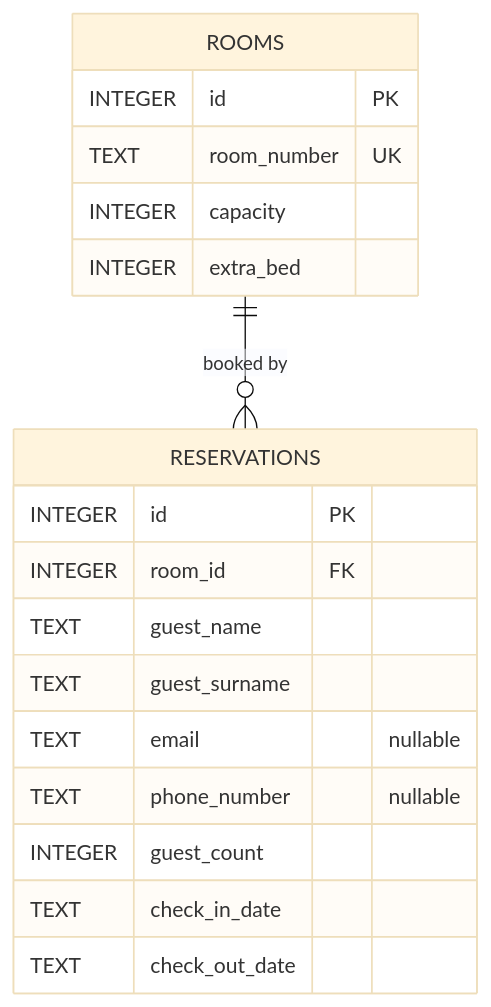
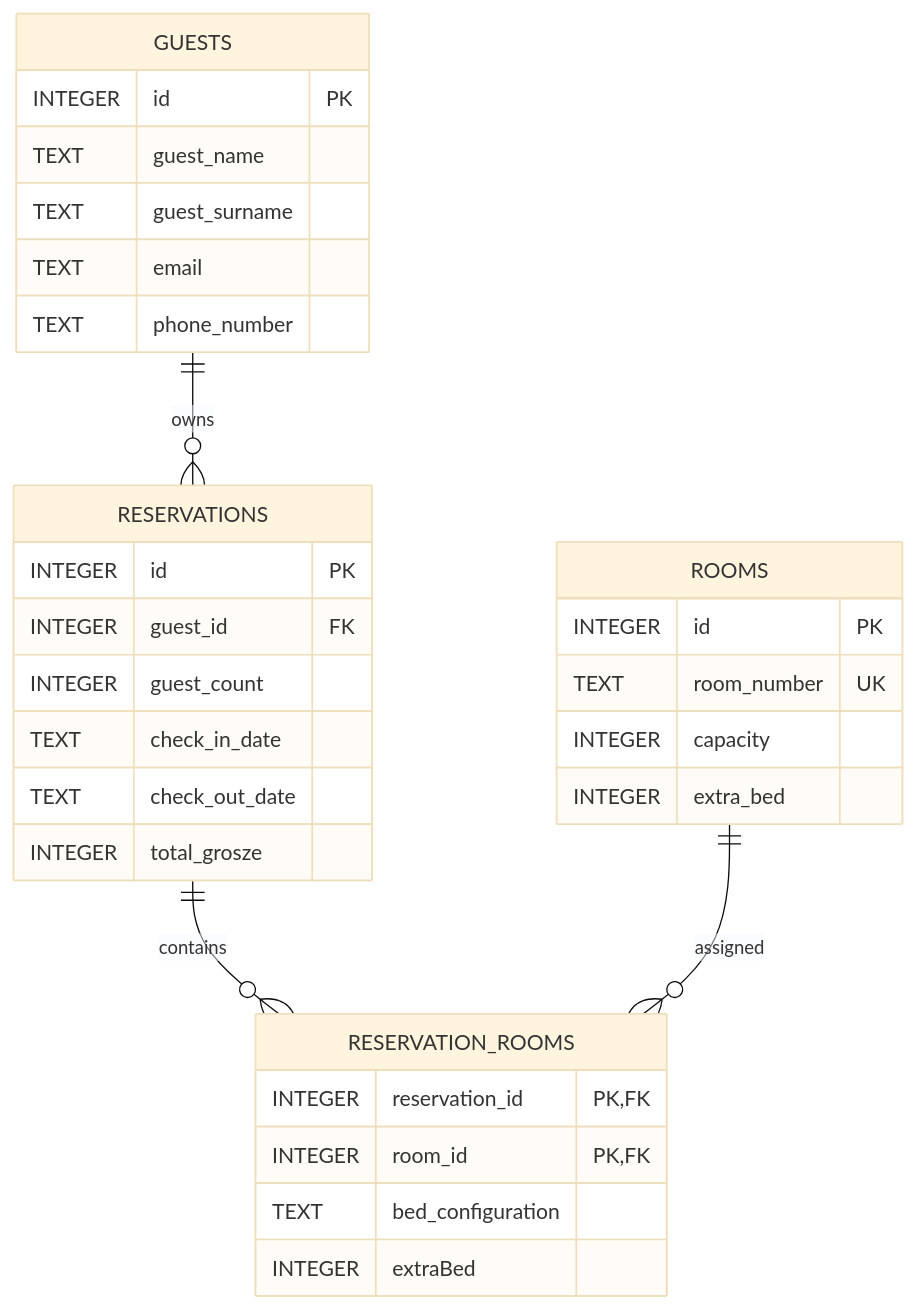
The diagram in docs/database.md (Kokosanka264/HotelFlow), drawn with Mermaid (base theme) before and after one commit. The commit also changed other lines of this file and 53 other files, not shown here.

````diff
--- a/docs/database.md
+++ b/docs/database.md
@@ -15,21 +15,33 @@
 ```mermaid
 erDiagram
-  ROOMS ||--o{ RESERVATIONS : "booked by"
+  GUESTS ||--o{ RESERVATIONS : "owns"
+  RESERVATIONS ||--o{ RESERVATION_ROOMS : "contains"
+  ROOMS ||--o{ RESERVATION_ROOMS : "assigned"
   ROOMS {
     INTEGER id PK
     TEXT room_number UK
     INTEGER capacity
     INTEGER extra_bed
   }
+  GUESTS {
+    INTEGER id PK
+    TEXT guest_name
+    TEXT guest_surname
+    TEXT email
+    TEXT phone_number
+  }
   RESERVATIONS {
     INTEGER id PK
-    INTEGER room_id FK
-    TEXT guest_name
-    TEXT guest_surname
-    TEXT email "nullable"
-    TEXT phone_number "nullable"
+    INTEGER guest_id FK
     INTEGER guest_count
     TEXT check_in_date
     TEXT check_out_date
+    INTEGER total_grosze
+  }
+  RESERVATION_ROOMS {
+    INTEGER reservation_id PK, FK
+    INTEGER room_id PK, FK
+    TEXT bed_configuration
+    INTEGER extraBed
   }
 ```
````
